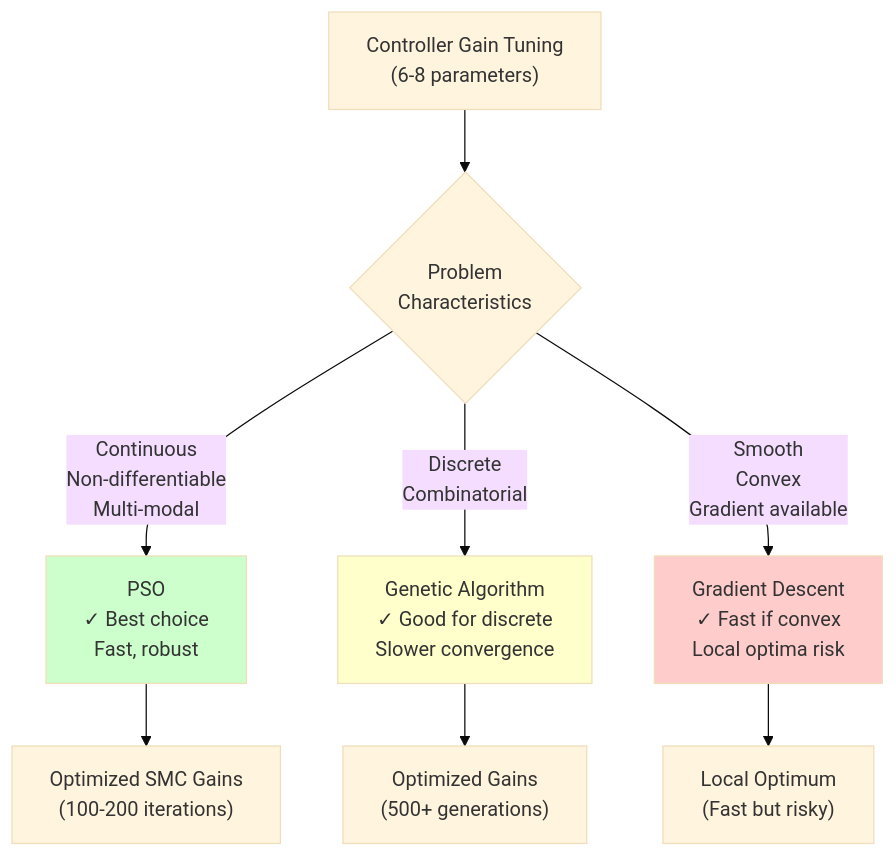
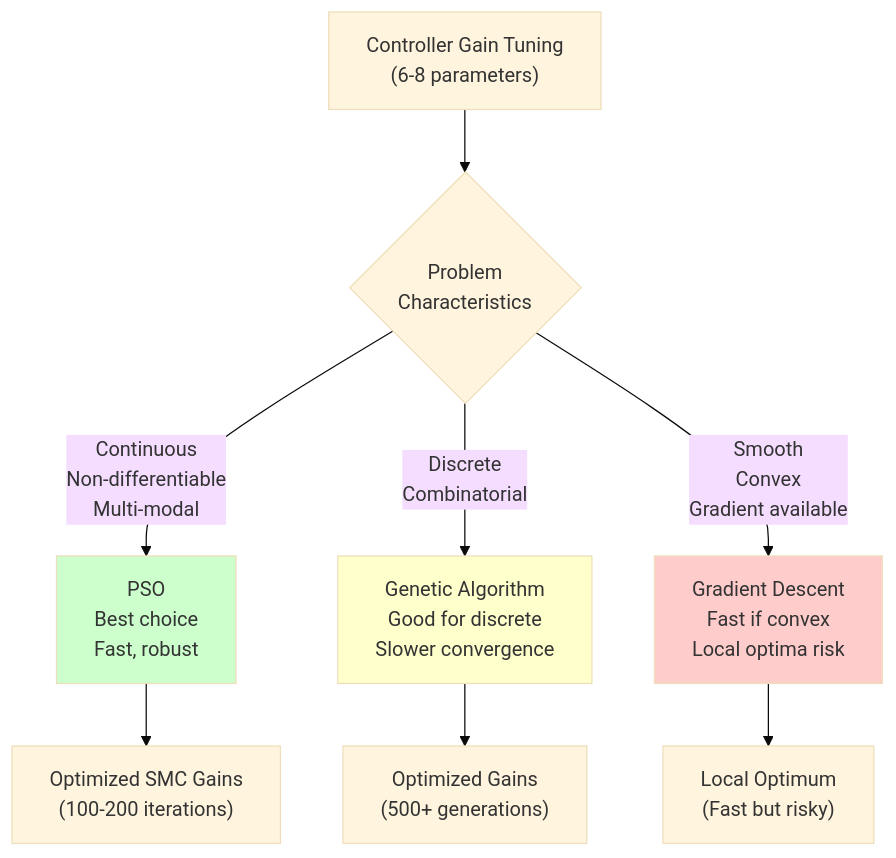
Before and after one commit to theSadeQ/dip-smc-pso: the third of 3 diagrams in docs/guides/theory/pso-theory.md, drawn with Mermaid (base theme). The commit also changed other lines of this file and 609 other files, not shown here.

````diff
--- a/docs/guides/theory/pso-theory.md
+++ b/docs/guides/theory/pso-theory.md
@@ -348,16 +348,16 @@
 ```mermaid
 graph TD
     PROBLEM["Controller Gain Tuning<br/>(6-8 parameters)"] --> CHOICE{Problem<br/>Characteristics}
 
-    CHOICE -->|Continuous<br/>Non-differentiable<br/>Multi-modal| PSO["PSO<br/>✓ Best choice<br/>Fast, robust"]
-    CHOICE -->|Discrete<br/>Combinatorial| GA["Genetic Algorithm<br/>✓ Good for discrete<br/>Slower convergence"]
-    CHOICE -->|Smooth<br/>Convex<br/>Gradient available| GRAD["Gradient Descent<br/>✓ Fast if convex<br/>Local optima risk"]
+    CHOICE -->|Continuous<br/>Non-differentiable<br/>Multi-modal| PSO["PSO<br/> Best choice<br/>Fast, robust"]
+    CHOICE -->|Discrete<br/>Combinatorial| GA["Genetic Algorithm<br/> Good for discrete<br/>Slower convergence"]
+    CHOICE -->|Smooth<br/>Convex<br/>Gradient available| GRAD["Gradient Descent<br/> Fast if convex<br/>Local optima risk"]
 
     PSO --> RESULT["Optimized SMC Gains<br/>(100-200 iterations)"]
     GA --> RESULT2["Optimized Gains<br/>(500+ generations)"]
     GRAD --> RESULT3["Local Optimum<br/>(Fast but risky)"]
 
     style PSO fill:#ccffcc
     style GA fill:#ffffcc
     style GRAD fill:#ffcccc
 ```
````
